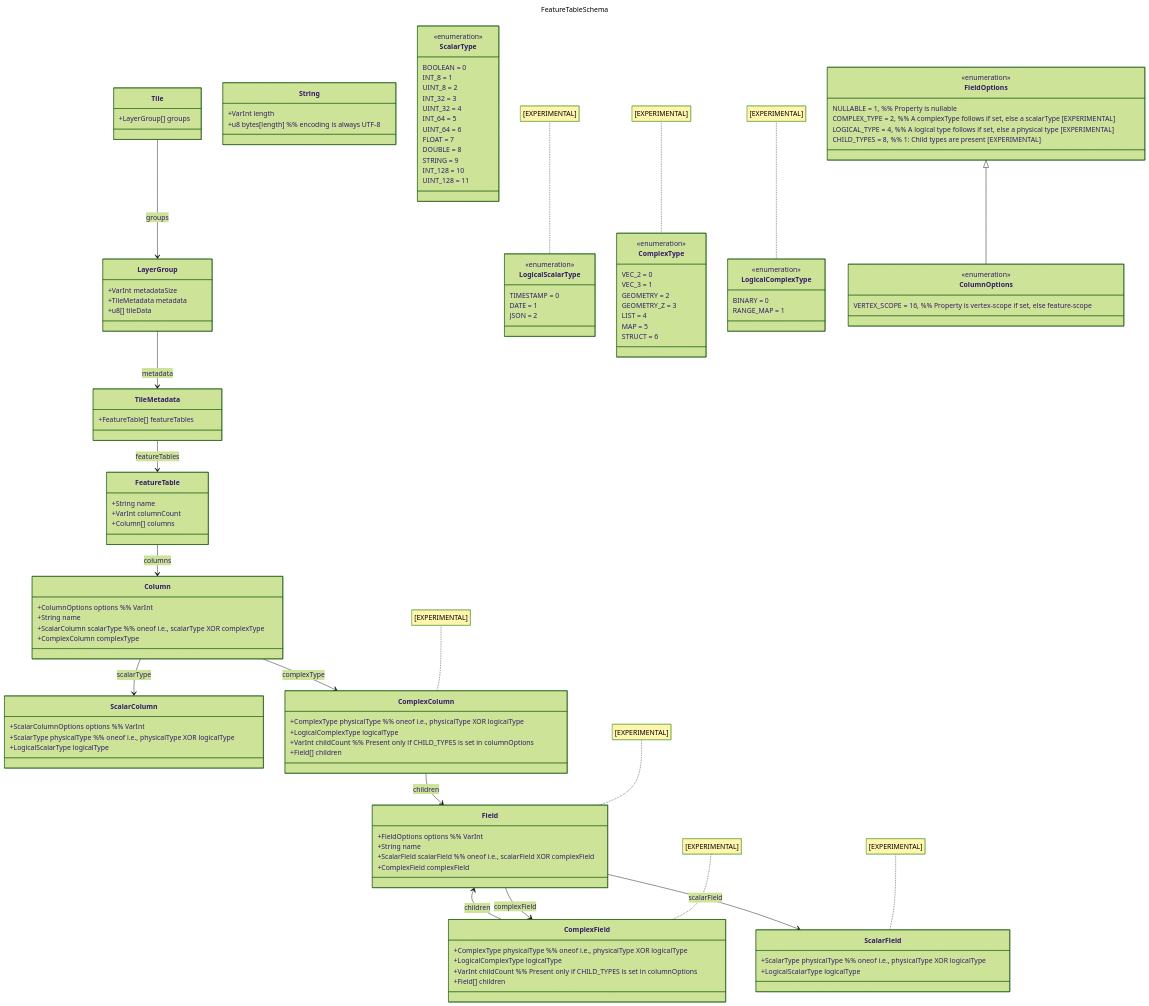
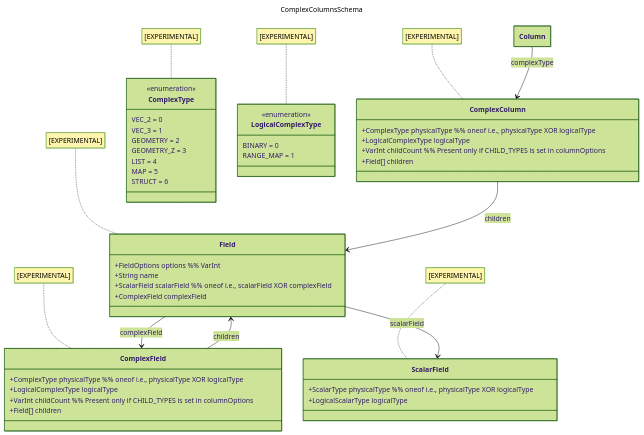
The fifth of 5 diagrams in mkdocs/docs/specification.md (maplibre/maplibre-tile-spec), drawn with Mermaid (forest theme) before and after one commit. The commit also changed other lines of this file, not shown here.

Commit message:
docs: split the FeatureTable (#928)
Currently, the FeatureTable section of the docs is very hard to read.
This is mostly, because it is mixing general layout, sclalar, complex,
types, ... so a lot.
This PR simplifies this layout into multiple mermaid diagrams (with the
same content)

````diff
--- a/mkdocs/docs/specification.md
+++ b/mkdocs/docs/specification.md
@@ -114,59 +254,12 @@
 ```mermaid
 ---
-title: FeatureTableSchema
+title: ComplexColumnsSchema
 config:
   class:
     hideEmptyMembersBox: true
 ---
 classDiagram
-    note for LogicalScalarType "[EXPERIMENTAL]"
-    note for ComplexColumn "[EXPERIMENTAL]"
-    note for ComplexField "[EXPERIMENTAL]"
-    note for ComplexType "[EXPERIMENTAL]"
-    note for LogicalComplexType "[EXPERIMENTAL]"
-    note for Field "[EXPERIMENTAL]"
-    note for ScalarField "[EXPERIMENTAL]"
-
-    %% ---------------- Tile ----------------
-    class Tile {
-      +LayerGroup[] groups
-    }
-
-    %% ---------------- LayerGroup ----------------
-    class LayerGroup {
-	  +VarInt metadataSize
-	  +TileMetadata metadata
-      +u8[] tileData
-    }
-
-    %% ---------------- TileMetadata ----------------
-    class TileMetadata {
-      +FeatureTable[] featureTables
-    }
-
-    %% ---------------- FeatureTable ----------------
-    class FeatureTable {
-      +String name
-      +VarInt columnCount
-      +Column[] columns
-    }
-
-    %% ---------------- Column ----------------
-    class Column {
-      +ColumnOptions options %% VarInt
-      +String name
-      +ScalarColumn scalarType %% oneof i.e., scalarType XOR complexType
-      +ComplexColumn complexType
-    }
-
-    %% ---------------- ScalarColumn ----------------
-    class ScalarColumn {
-      +ScalarColumnOptions options %% VarInt
-      +ScalarType physicalType %% oneof i.e., physicalType XOR logicalType
-      +LogicalScalarType logicalType
-    }
-
-    %% ---------------- ComplexColumn [EXPERIMENTAL] ----------------
+direction TB
     class ComplexColumn {
       +ComplexType physicalType %% oneof i.e., physicalType XOR logicalType
       +LogicalComplexType logicalType
@@ -174,7 +267,6 @@
       +Field[] children
     }
 
-    %% ---------------- Field ----------------
     class Field {
       +FieldOptions options %% VarInt
       +String name
@@ -182,13 +274,11 @@
       +ComplexField complexField
     }
 
-    %% ---------------- ScalarField ----------------
     class ScalarField {
       +ScalarType physicalType %% oneof i.e., physicalType XOR logicalType
       +LogicalScalarType logicalType
     }
 
-    %% ---------------- ComplexField [EXPERIMENTAL] ----------------
     class ComplexField {
       +ComplexType physicalType %% oneof i.e., physicalType XOR logicalType
       +LogicalComplexType logicalType
@@ -196,38 +286,7 @@
       +Field[] children
     }
 
-    %% ---------------- String ------------------
-    class String {
-      +VarInt length
-      +u8 bytes[length] %% encoding is always UTF-8
-    }
-
-    %% ---------------- Enumerations ----------------
-    class ScalarType {
-      <<enumeration>>
-      BOOLEAN = 0
-      INT_8 = 1
-      UINT_8 = 2
-      INT_32 = 3
-      UINT_32 = 4
-      INT_64 = 5
-      UINT_64 = 6
-      FLOAT = 7
-      DOUBLE = 8
-      STRING = 9
-      INT_128 = 10
-      UINT_128 = 11
-    }
-
-    class LogicalScalarType {
-      <<enumeration>>
-      TIMESTAMP = 0
-      DATE = 1
-      JSON = 2
-    }
-
     class ComplexType {
-      <<enumeration>>
       VEC_2 = 0
       VEC_3 = 1
       GEOMETRY = 2
@@ -238,31 +297,23 @@
     }
 
     class LogicalComplexType {
-      <<enumeration>>
       BINARY = 0
       RANGE_MAP = 1
     }
 
-    class FieldOptions {
-      <<enumeration>>
-      NULLABLE = 1, %% Property is nullable
-      COMPLEX_TYPE = 2, %% A complexType follows if set, else a scalarType [EXPERIMENTAL]
-      LOGICAL_TYPE = 4, %% A logical type follows if set, else a physical type [EXPERIMENTAL]
-      CHILD_TYPES = 8, %% 1: Child types are present [EXPERIMENTAL]
+    class Column {
     }
 
-    class ColumnOptions {
-      <<enumeration>>
-      VERTEX_SCOPE = 16, %% Property is vertex-scope if set, else feature-scope
-    }
+    <<enumeration>> ComplexType
+    <<enumeration>> LogicalComplexType
 
-    %% ---------------- Associations ----------------
-    FieldOptions <|-- ColumnOptions
-    Tile --> LayerGroup : groups
-	LayerGroup --> TileMetadata : metadata
-    TileMetadata --> FeatureTable : featureTables
-    FeatureTable --> Column : columns
-    Column --> ScalarColumn : scalarType
+    note for ComplexColumn "[EXPERIMENTAL]"
+    note for ComplexField "[EXPERIMENTAL]"
+    note for ComplexType "[EXPERIMENTAL]"
+    note for LogicalComplexType "[EXPERIMENTAL]"
+    note for Field "[EXPERIMENTAL]"
+    note for ScalarField "[EXPERIMENTAL]"
+
     Column --> ComplexColumn : complexType
     ComplexColumn --> Field : children
     ComplexField --> Field : children
````
